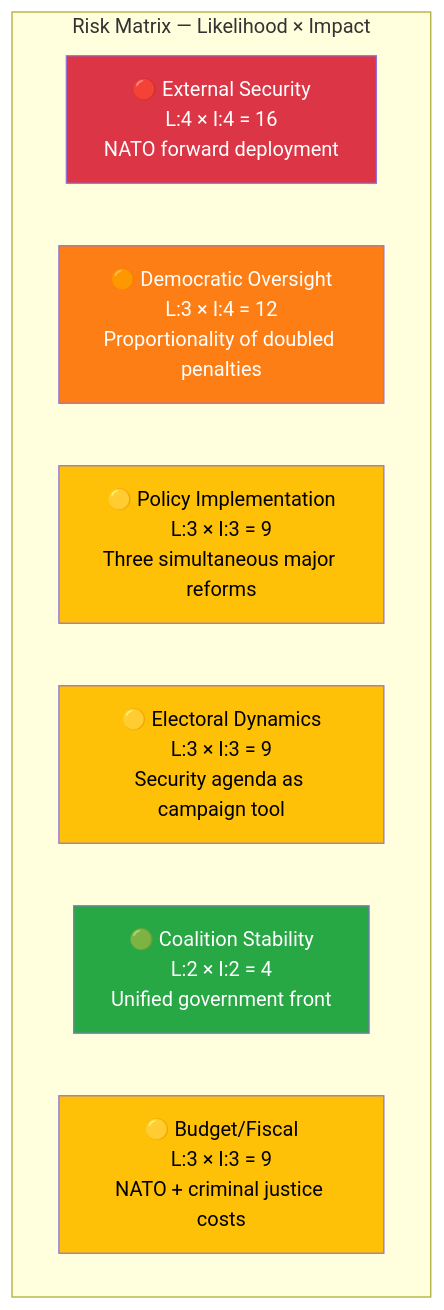
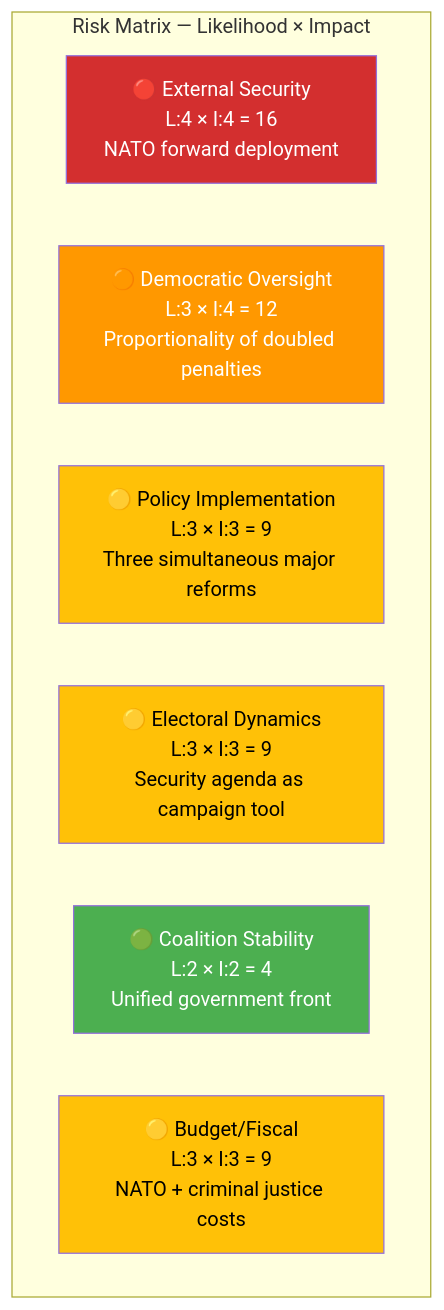
One commit to Hack23/riksdagsmonitor changed the diagram in analysis/daily/2026-04-09/evening-analysis/risk-assessment.md. Above: the diagram before and after it, drawn with Mermaid. The commit also changed 785 other files, not shown here.

First line of the commit message:
Normalize mermaid colors across 786 analysis artifacts to ISMS Style Guide palette

````diff
--- a/analysis/daily/2026-04-09/evening-analysis/risk-assessment.md
+++ b/analysis/daily/2026-04-09/evening-analysis/risk-assessment.md
@@ -10,17 +10,17 @@
 ```mermaid
 graph TD
     subgraph "Risk Matrix — Likelihood × Impact"
         R1["🔴 External Security<br/>L:4 × I:4 = 16<br/>NATO forward deployment"]
         R2["🟠 Democratic Oversight<br/>L:3 × I:4 = 12<br/>Proportionality of doubled penalties"]
         R3["🟡 Policy Implementation<br/>L:3 × I:3 = 9<br/>Three simultaneous major reforms"]
         R4["🟡 Electoral Dynamics<br/>L:3 × I:3 = 9<br/>Security agenda as campaign tool"]
         R5["🟢 Coalition Stability<br/>L:2 × I:2 = 4<br/>Unified government front"]
         R6["🟡 Budget/Fiscal<br/>L:3 × I:3 = 9<br/>NATO + criminal justice costs"]
     end
-    style R1 fill:#dc3545,color:#fff
-    style R2 fill:#fd7e14,color:#fff
-    style R3 fill:#ffc107,color:#000
-    style R4 fill:#ffc107,color:#000
-    style R5 fill:#28a745,color:#fff
-    style R6 fill:#ffc107,color:#000
+    style R1 fill:#D32F2F,color:#FFFFFF
+    style R2 fill:#FF9800,color:#FFFFFF
+    style R3 fill:#FFC107,color:#000000
+    style R4 fill:#FFC107,color:#000000
+    style R5 fill:#4CAF50,color:#FFFFFF
+    style R6 fill:#FFC107,color:#000000
 ```
````
